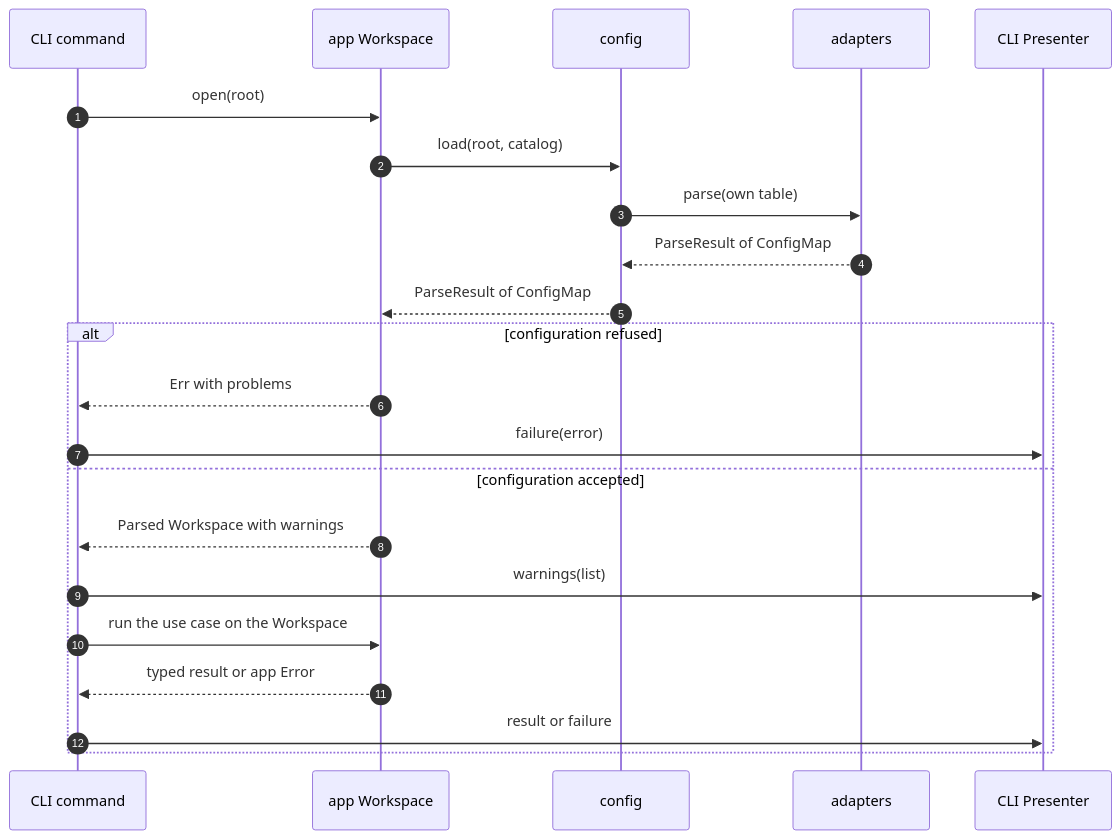
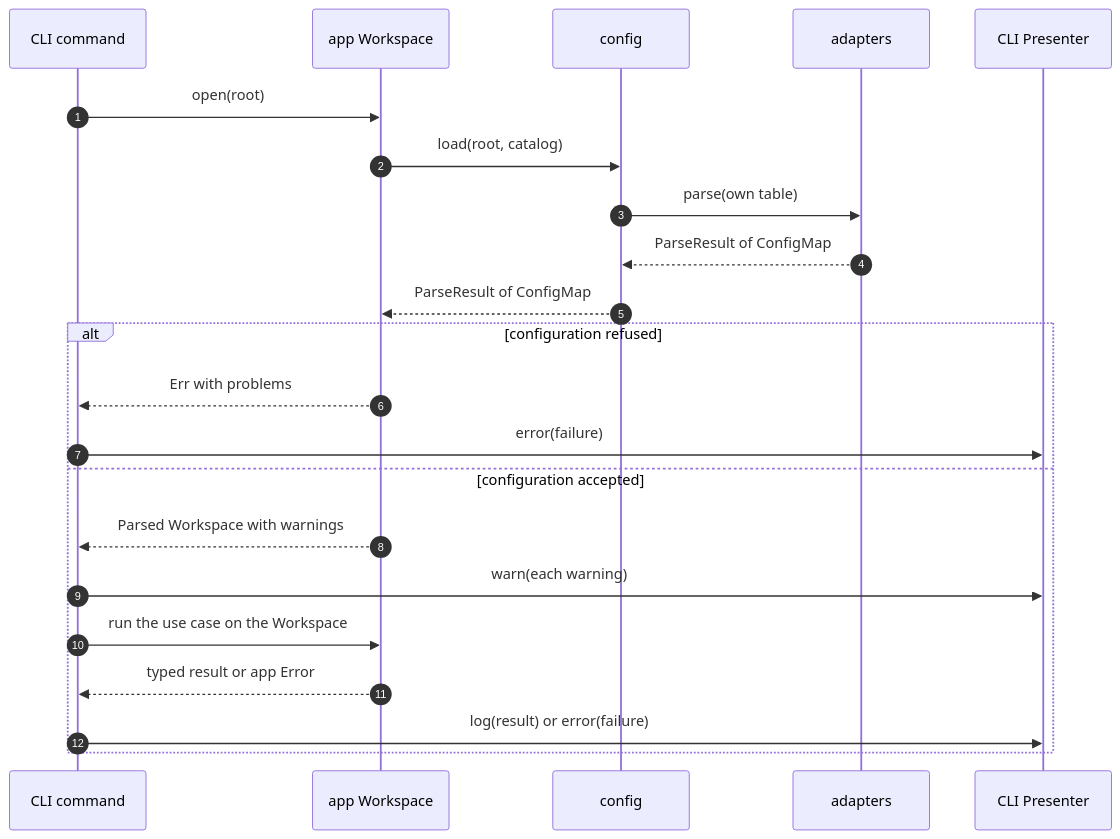
The fifth of 6 diagrams in .scratch/config-parsing/architecture.md (E-Jacques/Rulelink), drawn with Mermaid before and after one commit. The commit also changed other lines of this file and 51 other files, not shown here.

````diff
--- a/.scratch/config-parsing/architecture.md
+++ b/.scratch/config-parsing/architecture.md
@@ -216,25 +221,25 @@
 ```mermaid
 sequenceDiagram
     autonumber
     participant CLI as CLI command
     participant WS as app Workspace
     participant CFG as config
     participant AD as adapters
     participant OUT as CLI Presenter
 
     CLI->>WS: open(root)
     WS->>CFG: load(root, catalog)
     CFG->>AD: parse(own table)
     AD-->>CFG: ParseResult of ConfigMap
     CFG-->>WS: ParseResult of ConfigMap
     alt configuration refused
         WS-->>CLI: Err with problems
-        CLI->>OUT: failure(error)
+        CLI->>OUT: error(failure)
     else configuration accepted
         WS-->>CLI: Parsed Workspace with warnings
-        CLI->>OUT: warnings(list)
+        CLI->>OUT: warn(each warning)
         CLI->>WS: run the use case on the Workspace
         WS-->>CLI: typed result or app Error
-        CLI->>OUT: result or failure
+        CLI->>OUT: log(result) or error(failure)
     end
 ```
````
